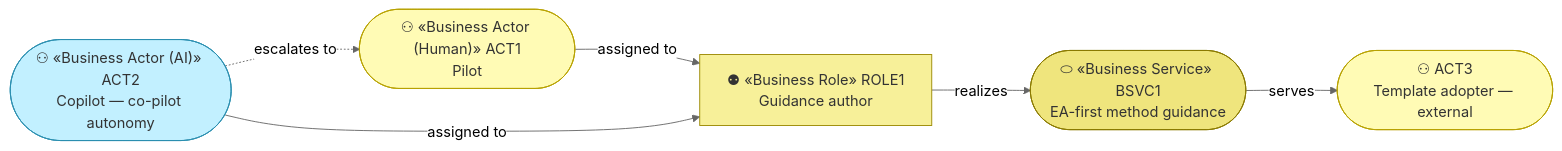
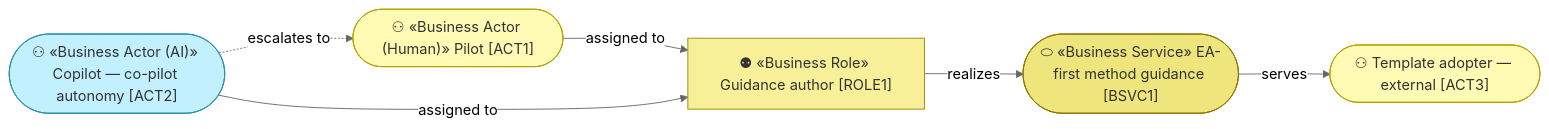
One commit to roanboc/architecture-archreator changed the second of 2 diagrams in product-archreator/site/architecture/2_business/1_business-actors-and-roles.md. Above: the diagram before and after it, drawn with Mermaid (neutral theme). The commit also changed other lines of this file and 38 other files, not shown here.

````diff
--- a/product-archreator/site/architecture/2_business/1_business-actors-and-roles.md
+++ b/product-archreator/site/architecture/2_business/1_business-actors-and-roles.md
@@ -39,20 +39,20 @@
 ```mermaid
 flowchart LR
-  act1(["⚇ «Business Actor (Human)» ACT1<br>Pilot"]):::actor
-  act2(["⚇ «Business Actor (AI)» ACT2<br>Copilot — co-pilot autonomy"]):::actorai
-  act3(["⚇ ACT3<br>Template adopter — external"]):::actor
+  act1(["⚇ «Business Actor (Human)» Pilot [ACT1]"]):::actor
+  act2(["⚇ «Business Actor (AI)» Copilot — co-pilot autonomy [ACT2]"]):::actorai
+  act3(["⚇ Template adopter — external [ACT3]"]):::actor
 
-  role1["⚉ «Business Role» ROLE1<br>Guidance author"]:::role
-  bsvc1(["⬭ «Business Service» BSVC1<br>EA-first method guidance"]):::service
+  role1["⚉ «Business Role» Guidance author [ROLE1]"]:::role
+  bsvc1(["⬭ «Business Service» EA-first method guidance [BSVC1]"]):::service
 
   act1 -->|assigned to| role1
   act2 -->|assigned to| role1
   role1 -->|realizes| bsvc1
   bsvc1 -->|serves| act3
   act2 -.->|escalates to| act1
 
   classDef actor fill:#fffbb5,stroke:#b8a200,color:#333
   classDef actorai fill:#c2f0ff,stroke:#2a8fb0,color:#333
   classDef role fill:#f7f099,stroke:#9a8800,color:#333
   classDef service fill:#efe57d,stroke:#8a7a00,color:#333
 ```
````
